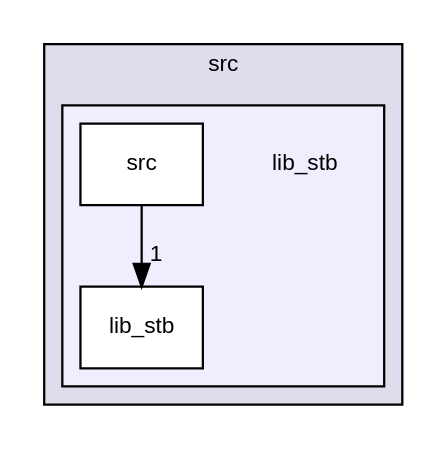
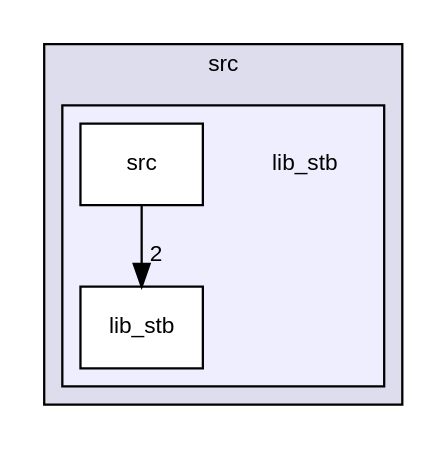
One commit to lukki15/pixelization changed the diagram in dir_edb6b4c7d5ba6b0ba1bcc84a8b02d522_dep.dot. Above: the diagram before and after it, drawn with Graphviz. The commit also changed 25 other files, not shown here.

```diff
--- a/dir_edb6b4c7d5ba6b0ba1bcc84a8b02d522_dep.dot
+++ b/dir_edb6b4c7d5ba6b0ba1bcc84a8b02d522_dep.dot
@@ -1,15 +1,15 @@
 digraph "/home/runner/work/pixelization/pixelization/src/lib_stb" {
   compound=true
   node [ fontsize="10", fontname="Helvetica"];
   edge [ labelfontsize="10", labelfontname="Helvetica"];
   subgraph clusterdir_68267d1309a1af8e8297ef4c3efbcdba {
     graph [ bgcolor="#ddddee", pencolor="black", label="src" fontname="Helvetica", fontsize="10", URL="dir_68267d1309a1af8e8297ef4c3efbcdba.html"]
   subgraph clusterdir_edb6b4c7d5ba6b0ba1bcc84a8b02d522 {
     graph [ bgcolor="#eeeeff", pencolor="black", label="" URL="dir_edb6b4c7d5ba6b0ba1bcc84a8b02d522.html"];
     dir_edb6b4c7d5ba6b0ba1bcc84a8b02d522 [shape=plaintext label="lib_stb"];
   dir_3273014abc7d13d3a75f57360a4dde4e [shape=box label="lib_stb" fillcolor="white" style="filled" URL="dir_3273014abc7d13d3a75f57360a4dde4e.html"];
   dir_f12cb7bcd55f2923eea91997bffb67f4 [shape=box label="src" fillcolor="white" style="filled" URL="dir_f12cb7bcd55f2923eea91997bffb67f4.html"];
   }
   }
-  dir_f12cb7bcd55f2923eea91997bffb67f4->dir_3273014abc7d13d3a75f57360a4dde4e [headlabel="1", labeldistance=1.5 headhref="dir_000004_000003.html"];
+  dir_f12cb7bcd55f2923eea91997bffb67f4->dir_3273014abc7d13d3a75f57360a4dde4e [headlabel="2", labeldistance=1.5 headhref="dir_000004_000003.html"];
 }
```
